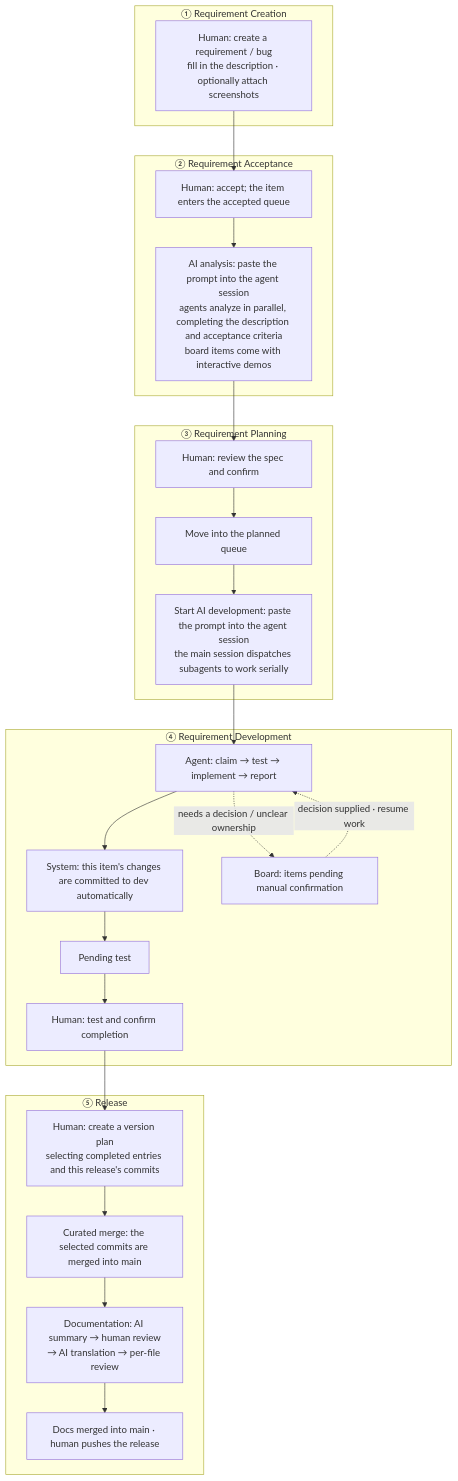
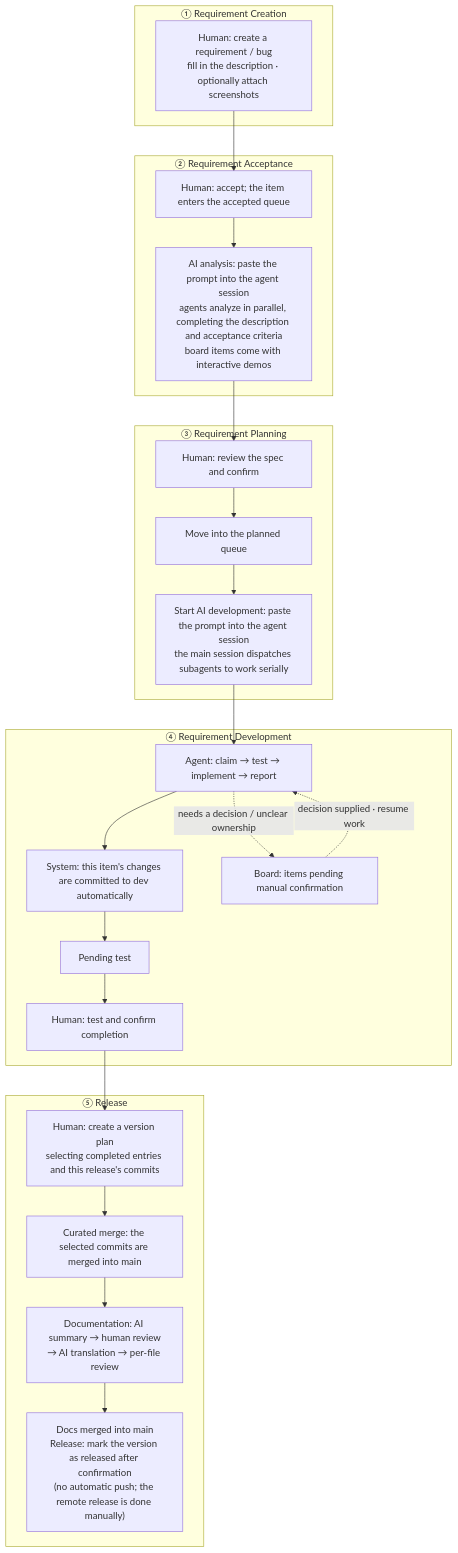
Before and after one commit to adichou/agent-team-board: the diagram in README_en.md, drawn with Mermaid. The commit also changed other lines of this file and 7 other files, not shown here.

````diff
--- a/README_en.md
+++ b/README_en.md
@@ -51,34 +51,34 @@
 ```mermaid
 flowchart TB
     subgraph P1["① Requirement Creation"]
         A["Human: create a requirement / bug<br/>fill in the description · optionally attach screenshots"]
     end
 
     subgraph P2["② Requirement Acceptance"]
         B["Human: accept; the item enters the accepted queue"] --> C["AI analysis: paste the prompt into the agent session<br/>agents analyze in parallel, completing the description and acceptance criteria<br/>board items come with interactive demos"]
     end
 
     subgraph P3["③ Requirement Planning"]
         E["Human: review the spec and confirm"] --> F["Move into the planned queue"]
         F --> G["Start AI development: paste the prompt into the agent session<br/>the main session dispatches subagents to work serially"]
     end
 
     subgraph P4["④ Requirement Development"]
         H["Agent: claim → test → implement → report"] --> I["System: this item's changes are committed to dev automatically"]
         I --> J["Pending test"]
         J --> K["Human: test and confirm completion"]
         H -.->|"needs a decision / unclear ownership"| HOLD["Board: items pending manual confirmation"]
         HOLD -.->|"decision supplied · resume work"| H
     end
 
     subgraph P5["⑤ Release"]
         L["Human: create a version plan<br/>selecting completed entries and this release's commits"] --> M["Curated merge: the selected commits are merged into main"]
         M --> N["Documentation: AI summary → human review<br/>→ AI translation → per-file review"]
-        N --> O["Docs merged into main · human pushes the release"]
+        N --> O["Docs merged into main<br/>Release: mark the version as released after confirmation<br/>(no automatic push; the remote release is done manually)"]
     end
 
     A --> B
     C --> E
     G --> H
     K --> L
 ```
````
